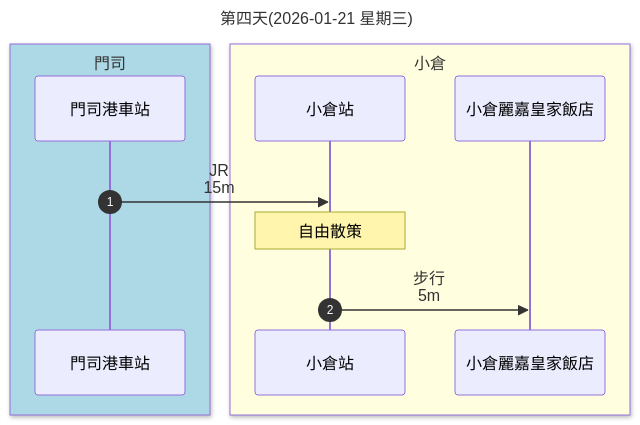
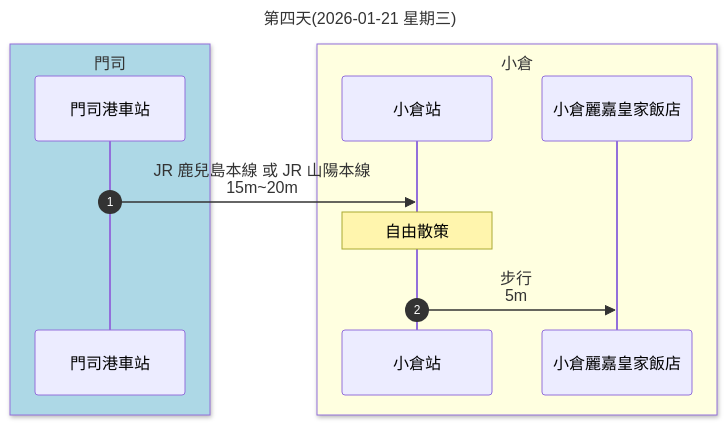
Before and after one commit to Shuming-Yang/2026-January-Trip: the sixth of 8 diagrams in 行程規劃A.md, drawn with Mermaid.

````diff
--- a/行程規劃A.md
+++ b/行程規劃A.md
@@ -223,15 +223,15 @@
 ```mermaid
 sequenceDiagram
     autonumber
     title: 第四天(2026-01-21 星期三)
     box lightblue 門司
     participant A as 門司港車站
     end
     box lightyellow 小倉
     participant B as 小倉站
     participant C as 小倉麗嘉皇家飯店
     end
-    A ->> B: JR<br>15m
+    A ->> B: JR 鹿兒島本線 或 JR 山陽本線<br>15m~20m
     Note over B: 自由散策
     B ->> C: 步行<br>5m
 ```
````
